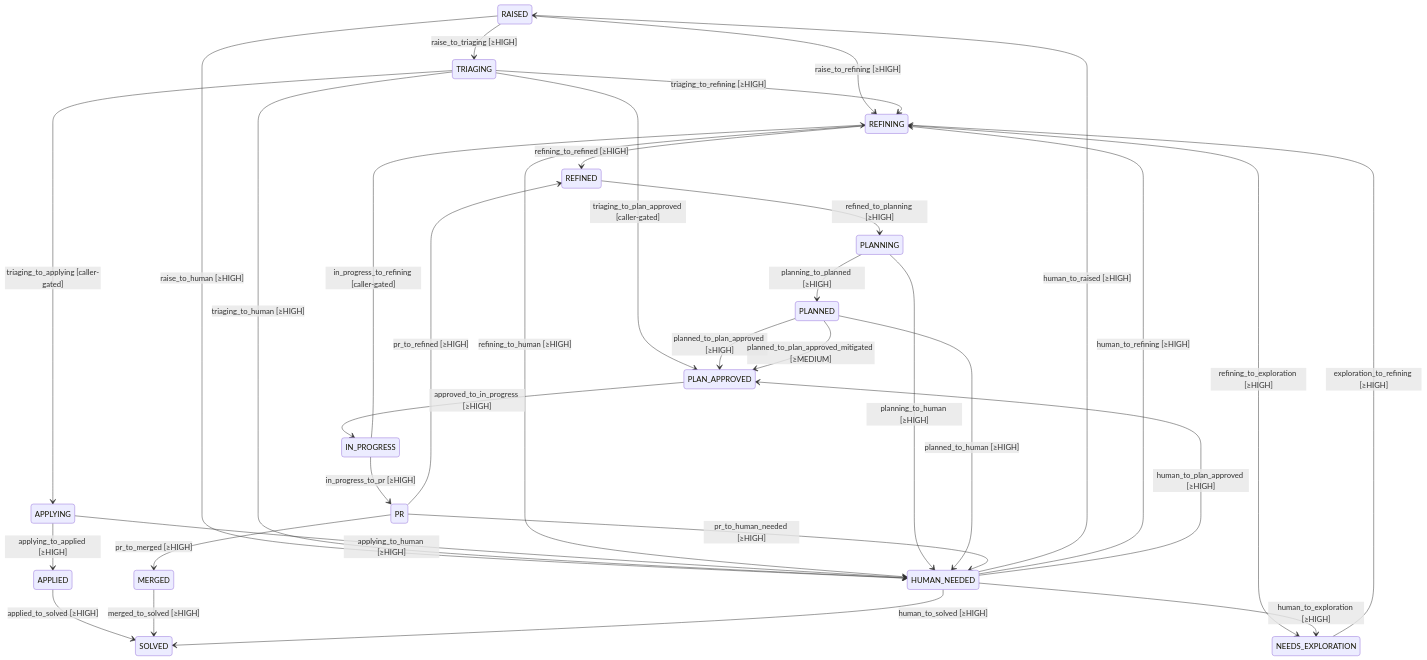
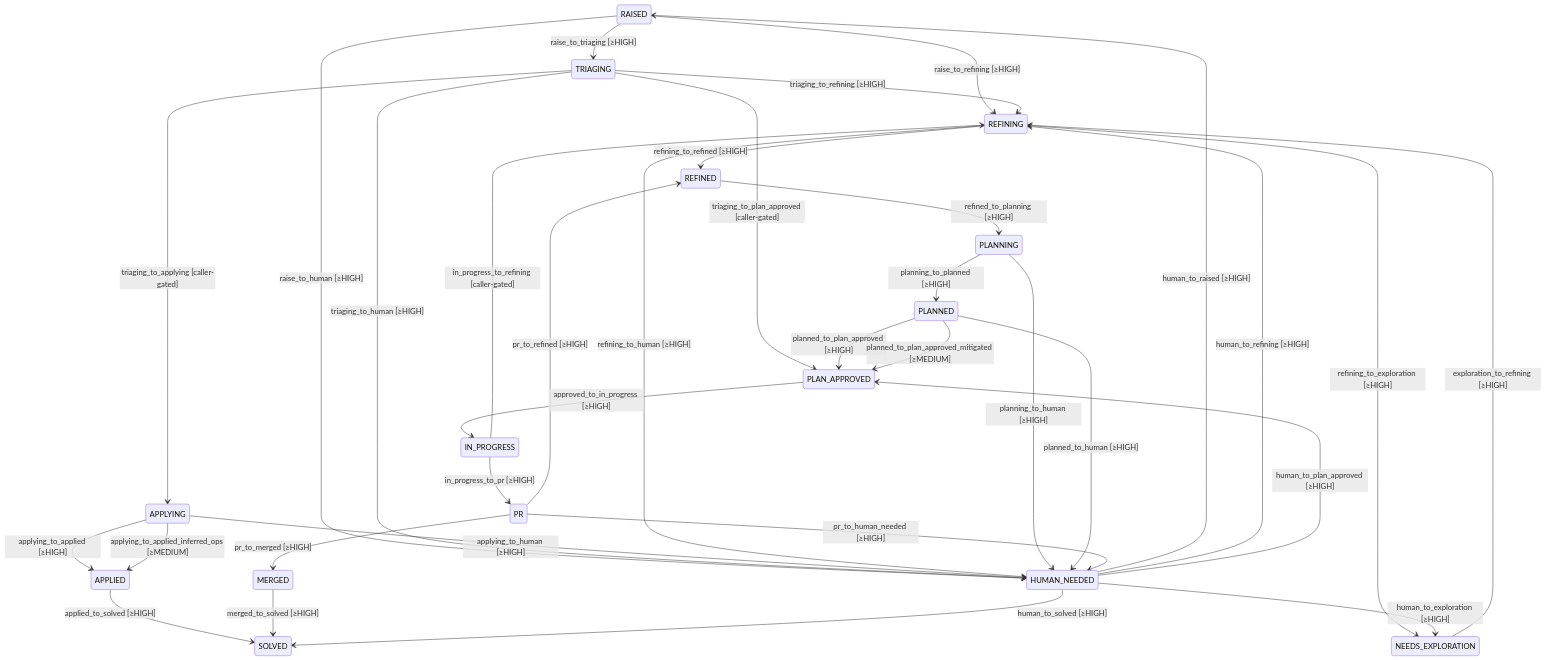
Before and after one commit to damien-robotsix/robotsix-cai: the first of 2 diagrams in docs/fsm.md, drawn with Mermaid.

Commit message:
chore: auto-regenerate generated docs

````diff
--- a/docs/fsm.md
+++ b/docs/fsm.md
@@ -15,35 +15,36 @@
 ```mermaid
 stateDiagram-v2
     RAISED --> REFINING : raise_to_refining [≥HIGH]
     RAISED --> HUMAN_NEEDED : raise_to_human [≥HIGH]
     RAISED --> TRIAGING : raise_to_triaging [≥HIGH]
     TRIAGING --> REFINING : triaging_to_refining [≥HIGH]
     TRIAGING --> HUMAN_NEEDED : triaging_to_human [≥HIGH]
     TRIAGING --> PLAN_APPROVED : triaging_to_plan_approved [caller-gated]
     TRIAGING --> APPLYING : triaging_to_applying [caller-gated]
     APPLYING --> APPLIED : applying_to_applied [≥HIGH]
+    APPLYING --> APPLIED : applying_to_applied_inferred_ops [≥MEDIUM]
     APPLYING --> HUMAN_NEEDED : applying_to_human [≥HIGH]
     APPLIED --> SOLVED : applied_to_solved [≥HIGH]
     REFINING --> REFINED : refining_to_refined [≥HIGH]
     REFINING --> NEEDS_EXPLORATION : refining_to_exploration [≥HIGH]
     REFINING --> HUMAN_NEEDED : refining_to_human [≥HIGH]
     NEEDS_EXPLORATION --> REFINING : exploration_to_refining [≥HIGH]
     REFINED --> PLANNING : refined_to_planning [≥HIGH]
     PLANNING --> PLANNED : planning_to_planned [≥HIGH]
     PLANNING --> HUMAN_NEEDED : planning_to_human [≥HIGH]
     PLANNED --> PLAN_APPROVED : planned_to_plan_approved [≥HIGH]
     PLANNED --> PLAN_APPROVED : planned_to_plan_approved_mitigated [≥MEDIUM]
     PLANNED --> HUMAN_NEEDED : planned_to_human [≥HIGH]
     PLAN_APPROVED --> IN_PROGRESS : approved_to_in_progress [≥HIGH]
     IN_PROGRESS --> PR : in_progress_to_pr [≥HIGH]
     IN_PROGRESS --> REFINING : in_progress_to_refining [caller-gated]
     PR --> MERGED : pr_to_merged [≥HIGH]
     PR --> REFINED : pr_to_refined [≥HIGH]
     PR --> HUMAN_NEEDED : pr_to_human_needed [≥HIGH]
     MERGED --> SOLVED : merged_to_solved [≥HIGH]
     HUMAN_NEEDED --> RAISED : human_to_raised [≥HIGH]
     HUMAN_NEEDED --> REFINING : human_to_refining [≥HIGH]
     HUMAN_NEEDED --> PLAN_APPROVED : human_to_plan_approved [≥HIGH]
     HUMAN_NEEDED --> NEEDS_EXPLORATION : human_to_exploration [≥HIGH]
     HUMAN_NEEDED --> SOLVED : human_to_solved [≥HIGH]
 ```
````
